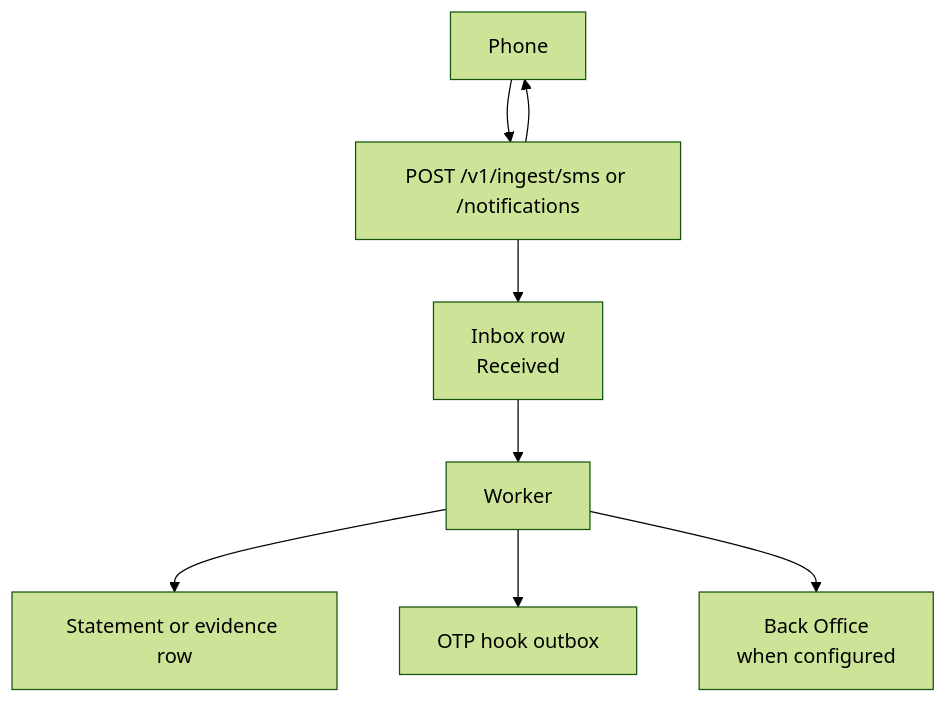
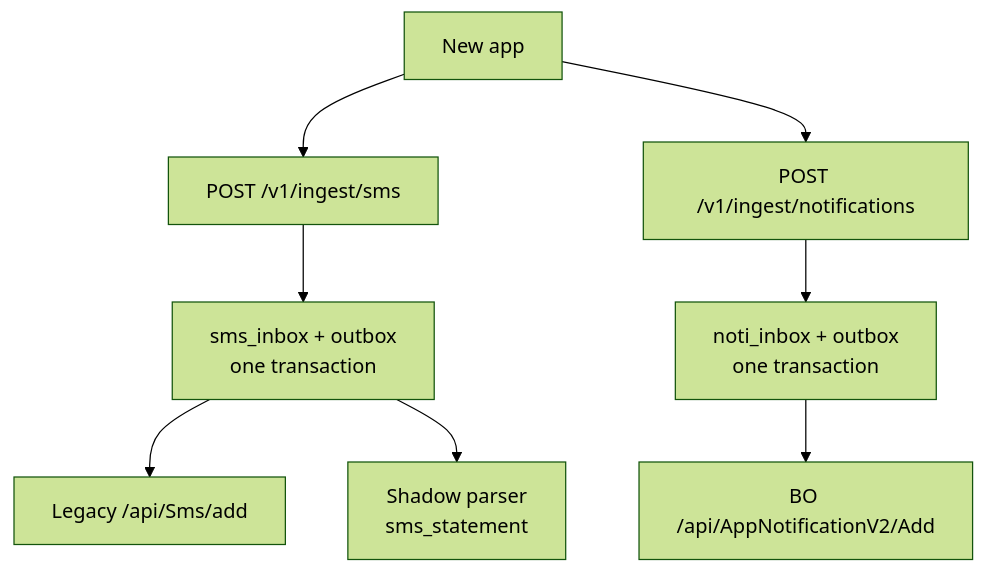
The diagram in plans-next-architecture/07-sms-noti-ingest.md (ryenguyen7411/jms-docs), drawn with Mermaid (forest theme) before and after one commit. The commit also changed other lines of this file and 12 other files, not shown here.

````diff
--- a/plans-next-architecture/07-sms-noti-ingest.md
+++ b/plans-next-architecture/07-sms-noti-ingest.md
@@ -12,10 +11,10 @@
 ```mermaid
 flowchart TB
-    APP["Phone"] --> API["POST /v1/ingest/sms or /notifications"]
-    API --> INBOX["Inbox row\nReceived"]
-    API --> APP
-    INBOX --> W["Worker"]
-    W --> STMT["Statement or evidence row"]
-    W --> OTP["OTP hook outbox"]
-    W --> BO["Back Office\nwhen configured"]
+    APP["New app"] --> SMS["POST /v1/ingest/sms"]
+    APP --> NOTI["POST /v1/ingest/notifications"]
+    SMS --> SIN["sms_inbox + outbox<br/>one transaction"]
+    NOTI --> NIN["noti_inbox + outbox<br/>one transaction"]
+    SIN --> LEG["Legacy /api/Sms/add"]
+    SIN --> SH["Shadow parser<br/>sms_statement"]
+    NIN --> BO["BO /api/AppNotificationV2/Add"]
 ```
````
